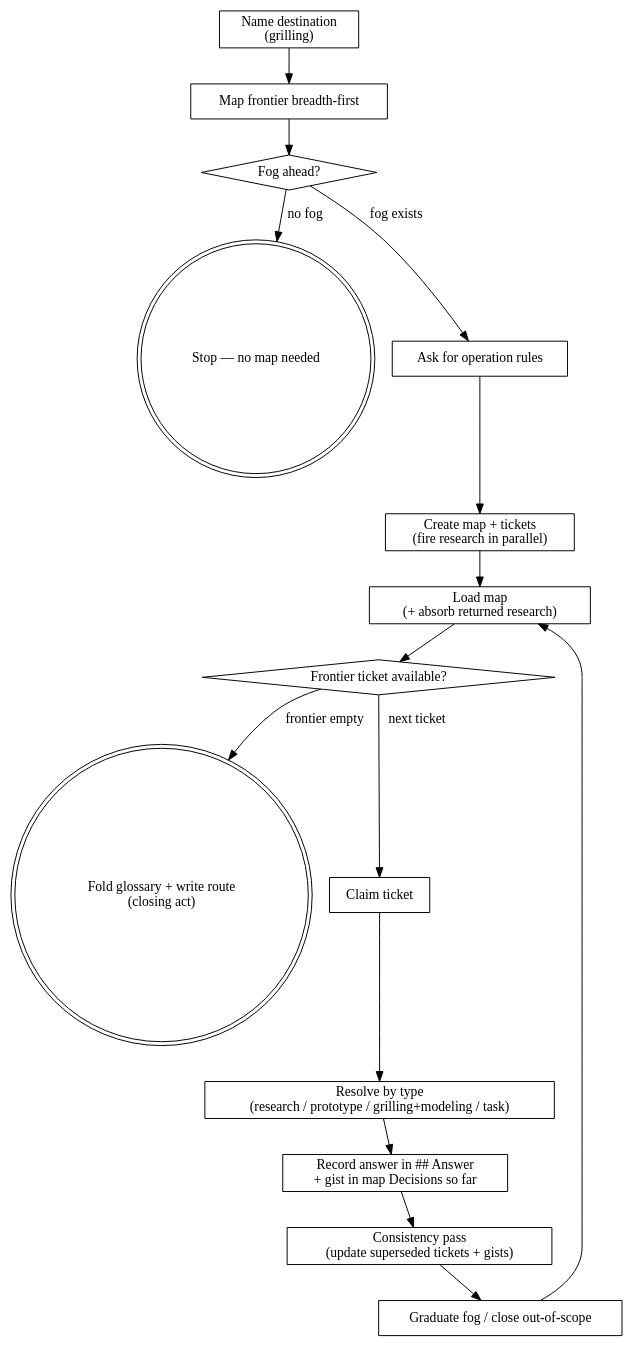
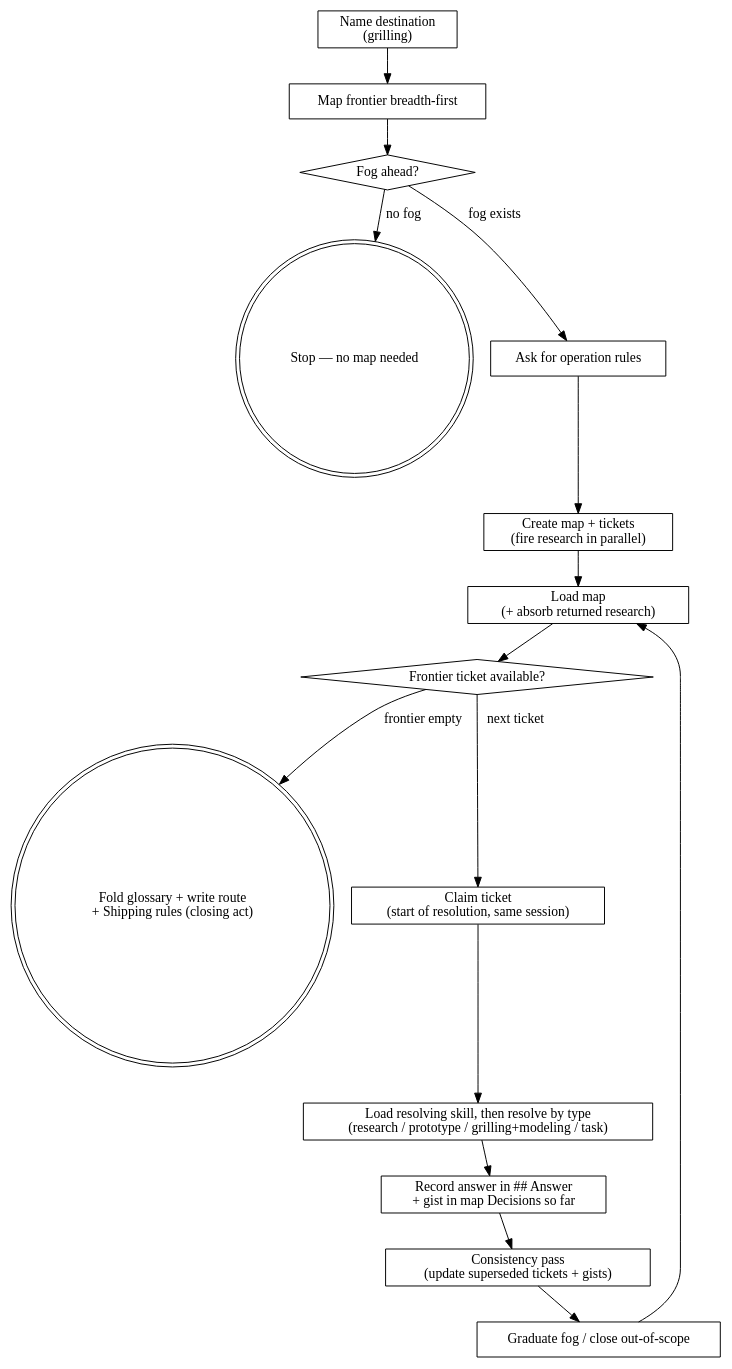
The diagram in skills/hamilton-wayfinder/SKILL.md (caiorcferreira/hamilton), drawn with Graphviz before and after one commit. The commit also changed other lines of this file and 2 other files, not shown here.

Commit message:
feat(skills): wayfinder enforces same-session, rule-abiding, skill-loaded resolution

````diff
--- a/skills/hamilton-wayfinder/SKILL.md
+++ b/skills/hamilton-wayfinder/SKILL.md
@@ -98,33 +98,33 @@
 ```dot
 digraph hamilton_wayfinder {
     "Name destination\n(grilling)" [shape=box];
     "Map frontier breadth-first" [shape=box];
     "Fog ahead?" [shape=diamond];
     "Stop — no map needed" [shape=doublecircle];
     "Ask for operation rules" [shape=box];
     "Create map + tickets\n(fire research in parallel)" [shape=box];
     "Load map\n(+ absorb returned research)" [shape=box];
     "Frontier ticket available?" [shape=diamond];
-    "Fold glossary + write route\n(closing act)" [shape=doublecircle];
-    "Claim ticket" [shape=box];
-    "Resolve by type\n(research / prototype / grilling+modeling / task)" [shape=box];
+    "Fold glossary + write route\n+ Shipping rules (closing act)" [shape=doublecircle];
+    "Claim ticket\n(start of resolution, same session)" [shape=box];
+    "Load resolving skill, then resolve by type\n(research / prototype / grilling+modeling / task)" [shape=box];
     "Record answer in ## Answer\n+ gist in map Decisions so far" [shape=box];
     "Consistency pass\n(update superseded tickets + gists)" [shape=box];
     "Graduate fog / close out-of-scope" [shape=box];
 
     "Name destination\n(grilling)" -> "Map frontier breadth-first";
     "Map frontier breadth-first" -> "Fog ahead?";
     "Fog ahead?" -> "Stop — no map needed" [label="no fog"];
     "Fog ahead?" -> "Ask for operation rules" [label="fog exists"];
     "Ask for operation rules" -> "Create map + tickets\n(fire research in parallel)";
     "Create map + tickets\n(fire research in parallel)" -> "Load map\n(+ absorb returned research)";
     "Load map\n(+ absorb returned research)" -> "Frontier ticket available?";
-    "Frontier ticket available?" -> "Fold glossary + write route\n(closing act)" [label="frontier empty"];
-    "Frontier ticket available?" -> "Claim ticket" [label="next ticket"];
-    "Claim ticket" -> "Resolve by type\n(research / prototype / grilling+modeling / task)";
-    "Resolve by type\n(research / prototype / grilling+modeling / task)" -> "Record answer in ## Answer\n+ gist in map Decisions so far";
+    "Frontier ticket available?" -> "Fold glossary + write route\n+ Shipping rules (closing act)" [label="frontier empty"];
+    "Frontier ticket available?" -> "Claim ticket\n(start of resolution, same session)" [label="next ticket"];
+    "Claim ticket\n(start of resolution, same session)" -> "Load resolving skill, then resolve by type\n(research / prototype / grilling+modeling / task)";
+    "Load resolving skill, then resolve by type\n(research / prototype / grilling+modeling / task)" -> "Record answer in ## Answer\n+ gist in map Decisions so far";
     "Record answer in ## Answer\n+ gist in map Decisions so far" -> "Consistency pass\n(update superseded tickets + gists)";
     "Consistency pass\n(update superseded tickets + gists)" -> "Graduate fog / close out-of-scope";
     "Graduate fog / close out-of-scope" -> "Load map\n(+ absorb returned research)";
 }
 ```
````
